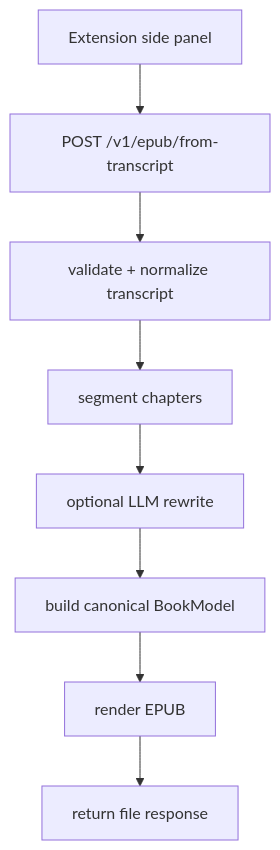
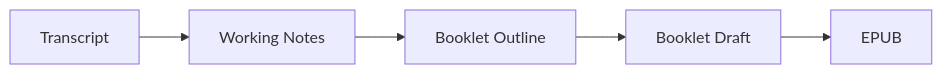
Before and after one commit to CeciliaHahan/podcast_to_ebook: the first of 2 diagrams in README.md, drawn with Mermaid. The commit also changed other lines of this file and 2 other files, not shown here.

Commit message:
docs: rewrite product docs around local pipeline

````diff
--- a/README.md
+++ b/README.md
@@ -131,10 +55,7 @@
 ```mermaid
-flowchart TD
-  A[Extension side panel] --> B[POST /v1/epub/from-transcript]
-  B --> C[validate + normalize transcript]
-  C --> D[segment chapters]
-  D --> E[optional LLM rewrite]
-  E --> F[build canonical BookModel]
-  F --> G[render EPUB]
-  G --> H[return file response]
+flowchart LR
+  A[Transcript] --> B[Working Notes]
+  B --> C[Booklet Outline]
+  C --> D[Booklet Draft]
+  D --> E[EPUB]
 ```
````
